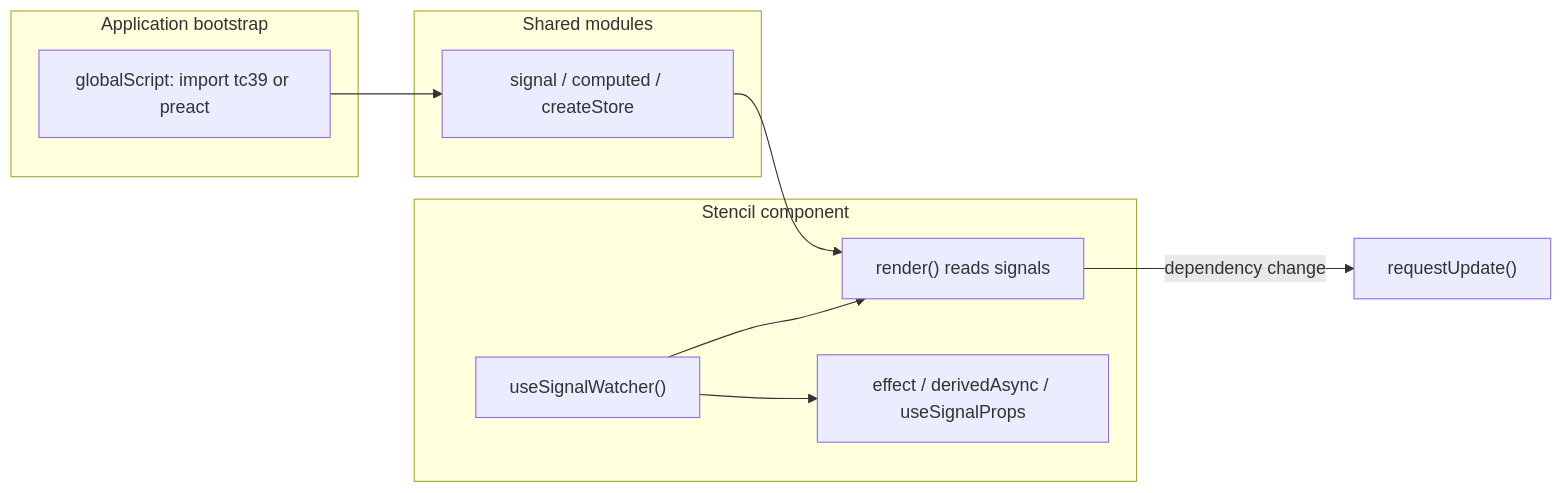
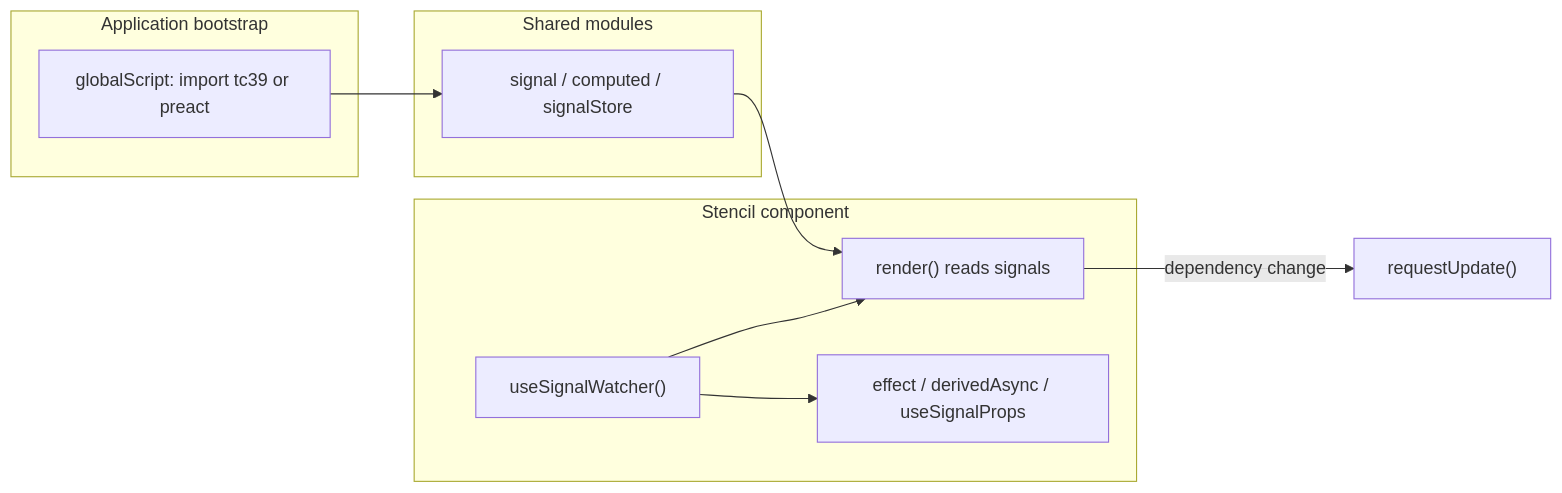
The diagram in libs/stencil-signals/README.md (sketch7/stenciljs), drawn with Mermaid before and after one commit. The commit also changed other lines of this file and 25 other files, not shown here.

Commit message:
feat(signal store): refactor fully and changed api - more fluent

````diff
--- a/libs/stencil-signals/README.md
+++ b/libs/stencil-signals/README.md
@@ -32,19 +32,19 @@
 ```mermaid
 flowchart LR
   subgraph app["Application bootstrap"]
     GS["globalScript: import tc39 or preact"]
   end
   subgraph module["Shared modules"]
-    S["signal / computed / createStore"]
+    S["signal / computed / signalStore"]
   end
   subgraph component["Stencil component"]
     W["useSignalWatcher()"]
     R["render() reads signals"]
     E["effect / derivedAsync / useSignalProps"]
   end
   GS --> S
   W --> R
   S --> R
   R -->|"dependency change"| U["requestUpdate()"]
   W --> E
 ```
````
